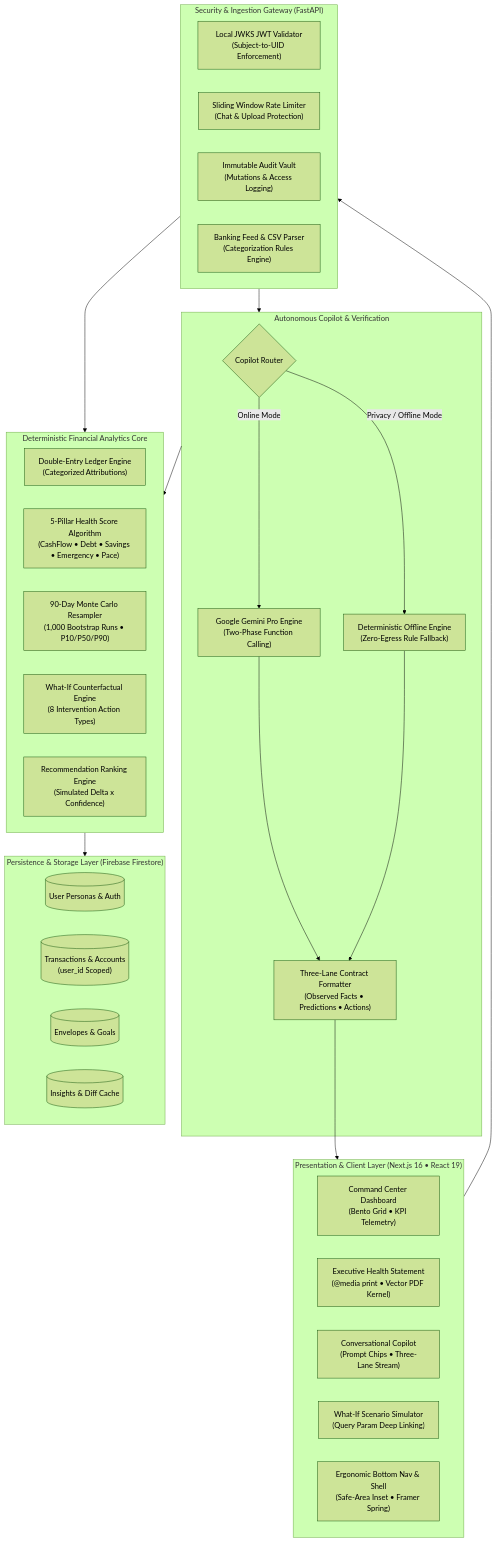
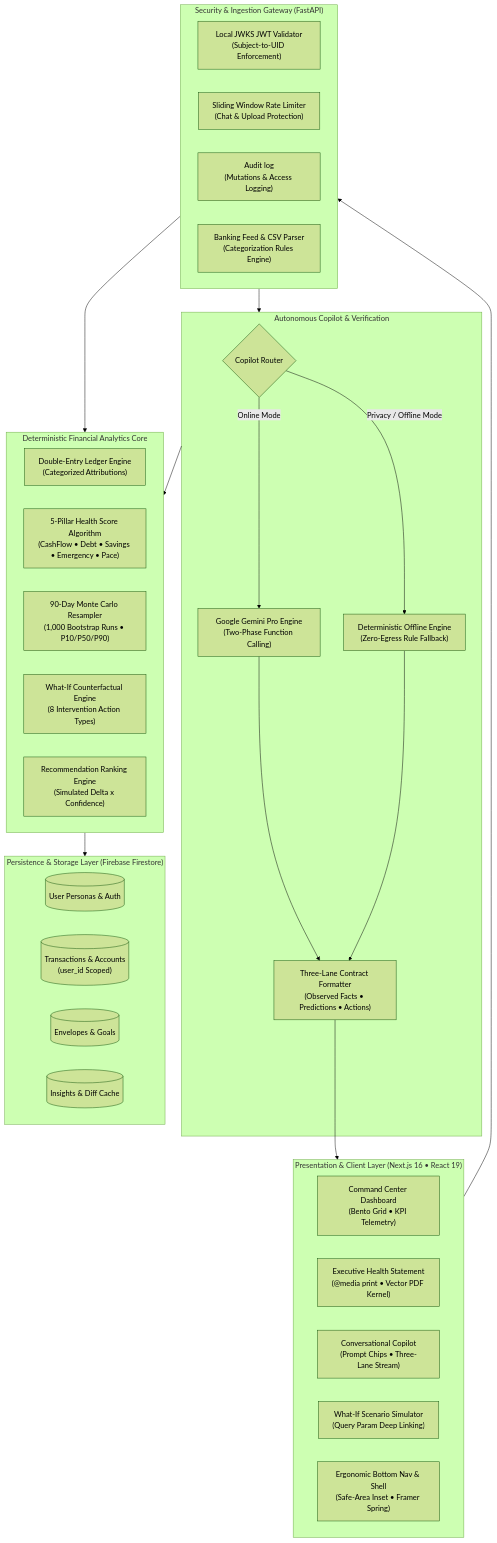
Before and after one commit to madhavzanwar/crypt-pilot: the first of 2 diagrams in README.md, drawn with Mermaid (forest theme). The commit also changed other lines of this file, not shown here.

First line of the commit message:
BUG-053 BUG-054 BUG-055: README no longer claims MIT (licence undecided), fix repo name, merged-branch, CORS, audit-log wording, Wispr/TigerGraph claims

````diff
--- a/README.md
+++ b/README.md
@@ -120,50 +120,50 @@
 ```mermaid
 flowchart TD
     subgraph Client["Presentation & Client Layer (Next.js 16 • React 19)"]
         UI_Dash["Command Center Dashboard<br/>(Bento Grid • KPI Telemetry)"]
         UI_Stmt["Executive Health Statement<br/>(@media print • Vector PDF Kernel)"]
         UI_Copilot["Conversational Copilot<br/>(Prompt Chips • Three-Lane Stream)"]
         UI_Sim["What-If Scenario Simulator<br/>(Query Param Deep Linking)"]
         UI_Nav["Ergonomic Bottom Nav & Shell<br/>(Safe-Area Inset • Framer Spring)"]
     end
 
     subgraph Gateway["Security & Ingestion Gateway (FastAPI)"]
         Auth["Local JWKS JWT Validator<br/>(Subject-to-UID Enforcement)"]
         RateLimit["Sliding Window Rate Limiter<br/>(Chat & Upload Protection)"]
-        AuditLog["Immutable Audit Vault<br/>(Mutations & Access Logging)"]
+        AuditLog["Audit log<br/>(Mutations & Access Logging)"]
         Ingest["Banking Feed & CSV Parser<br/>(Categorization Rules Engine)"]
     end
 
     subgraph Engine["Deterministic Financial Analytics Core"]
         Ledger["Double-Entry Ledger Engine<br/>(Categorized Attributions)"]
         Scorer["5-Pillar Health Score Algorithm<br/>(CashFlow • Debt • Savings • Emergency • Pace)"]
         MonteCarlo["90-Day Monte Carlo Resampler<br/>(1,000 Bootstrap Runs • P10/P50/P90)"]
         Simulator["What-If Counterfactual Engine<br/>(8 Intervention Action Types)"]
         Ranker["Recommendation Ranking Engine<br/>(Simulated Delta x Confidence)"]
     end
 
     subgraph Intelligence["Autonomous Copilot & Verification"]
         Router{"Copilot Router"}
         Gemini["Google Gemini Pro Engine<br/>(Two-Phase Function Calling)"]
         RuleEngine["Deterministic Offline Engine<br/>(Zero-Egress Rule Fallback)"]
         LaneContract["Three-Lane Contract Formatter<br/>(Observed Facts • Predictions • Actions)"]
     end
 
     subgraph Data["Persistence & Storage Layer (Firebase Firestore)"]
         DB_Users[("User Personas & Auth")]
         DB_Txns[("Transactions & Accounts<br/>(user_id Scoped)")]
         DB_Budgets[("Envelopes & Goals")]
         DB_Snapshots[("Insights & Diff Cache")]
     end
 
     Client --> Gateway
     Gateway --> Engine
     Engine --> Data
     Gateway --> Intelligence
     Intelligence --> Engine
     Router -->|Online Mode| Gemini
     Router -->|Privacy / Offline Mode| RuleEngine
     Gemini --> LaneContract
     RuleEngine --> LaneContract
     LaneContract --> Client
 ```
````
